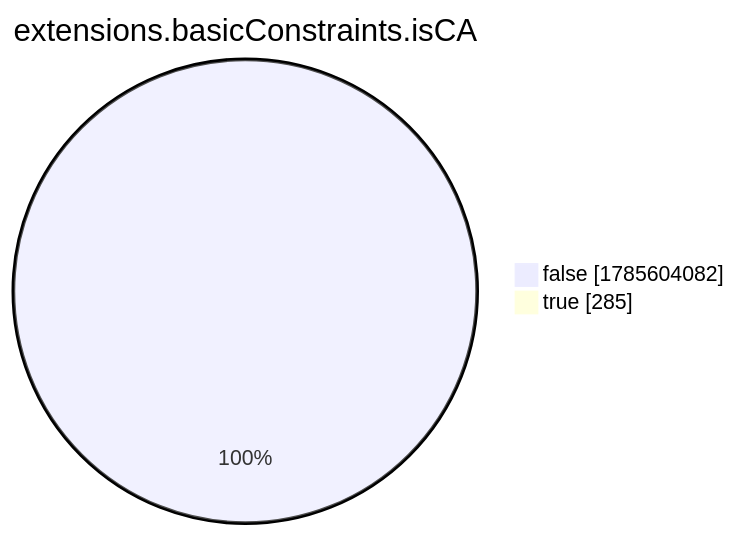
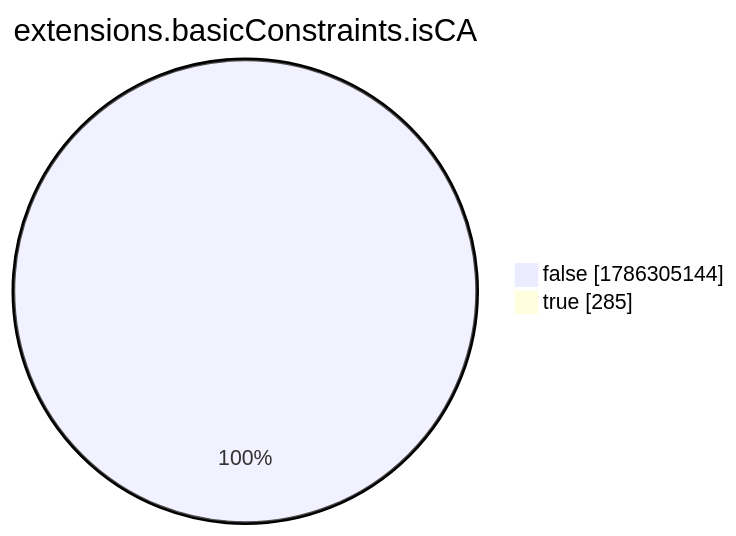
Before and after one commit to christiankrug/ctmonitor_visualization: the eighth of 15 diagrams in xenon2022/README.md, drawn with Mermaid. The commit also changed other lines of this file, not shown here.

````diff
--- a/xenon2022/README.md
+++ b/xenon2022/README.md
@@ -2868,6 +2868,6 @@
 ```mermaid
 pie showData
 title extensions.basicConstraints.isCA
-"false" :1785604082
+"false" :1786305144
 "true" :285
 ```
````
